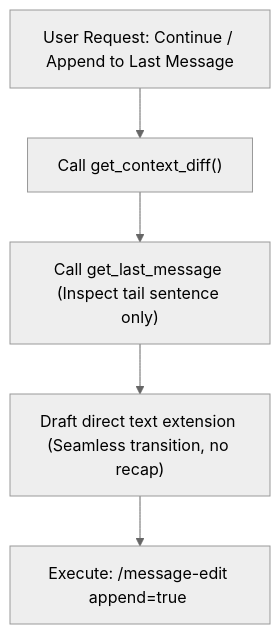
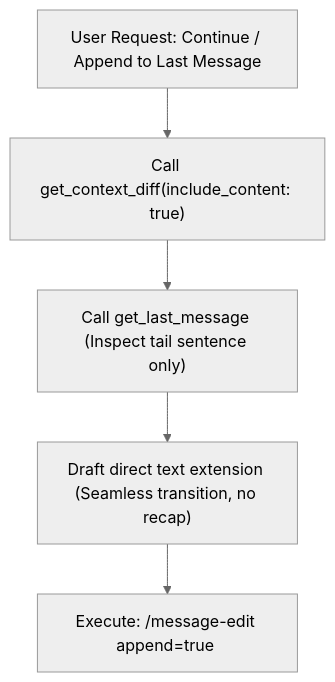
Before and after one commit to m-petra-fn/SillyTavern: the third of 3 diagrams in .agent/skills/sillytavern-writer/SKILL.md, drawn with Mermaid (neutral theme). The commit also changed other lines of this file and 4 other files, not shown here.

````diff
--- a/.agent/skills/sillytavern-writer/SKILL.md
+++ b/.agent/skills/sillytavern-writer/SKILL.md
@@ -225,7 +224,7 @@
 ```mermaid
 flowchart TD
-    A["User Request: Continue / Append to Last Message"] --> B["Call get_context_diff()"]
+    A["User Request: Continue / Append to Last Message"] --> B["Call get_context_diff(include_content: true)"]
     B --> C["Call get_last_message (Inspect tail sentence only)"]
     C --> D["Draft direct text extension (Seamless transition, no recap)"]
     D --> E["Execute: /message-edit append=true <Extension Text>"]
 ```
````
